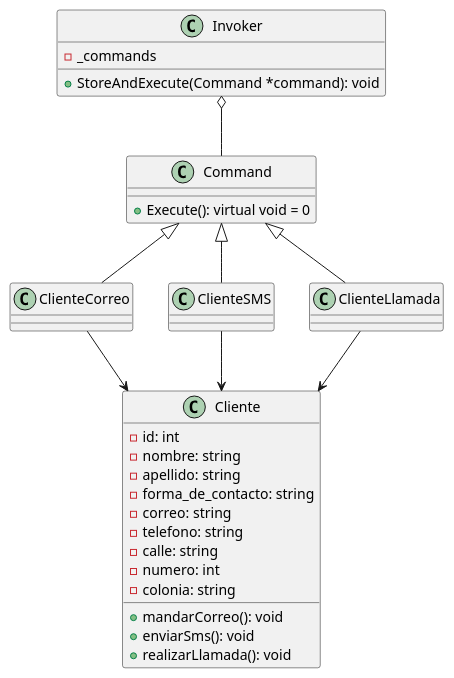
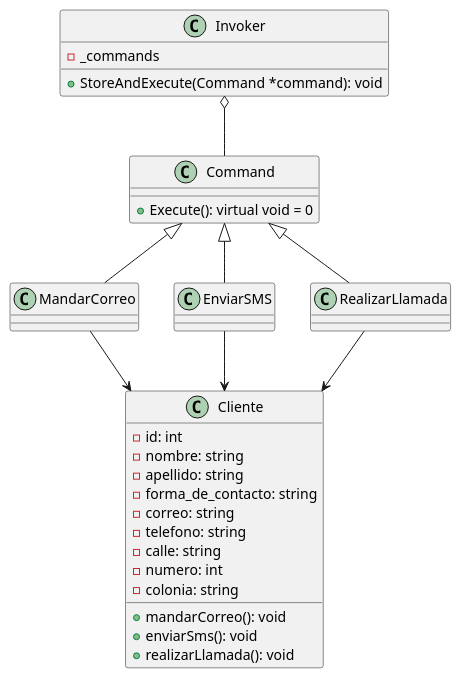
Before and after one commit to eugenioLeal/A01022983_AyMSS2018: the diagram in Evaluaciones/E1.1.Eval1/clases.puml, drawn with PlantUML. The commit also changed 2 other files, not shown here.

```diff
--- a/Evaluaciones/E1.1.Eval1/clases.puml
+++ b/Evaluaciones/E1.1.Eval1/clases.puml
@@ -1,43 +1,43 @@
 @startuml
 class Command {
   +Execute(): virtual void = 0
 }
 class Invoker {
   -_commands
   +StoreAndExecute(Command *command): void
 }
 class Cliente {
   -id: int
   -nombre: string
   -apellido: string
   -forma_de_contacto: string
   -correo: string
   -telefono: string
   -calle: string
   -numero: int
   -colonia: string
   +mandarCorreo(): void
   +enviarSms(): void
   +realizarLlamada(): void
 }
 
-class ClienteCorreo {
+class MandarCorreo {
 
 }
-class ClienteSMS {
+class EnviarSMS {
 
 }
-class ClienteLlamada {
+class RealizarLlamada {
 
 }
 
 Invoker o-- Command
-Command ^-- ClienteCorreo
-Command ^-- ClienteSMS
-Command ^-- ClienteLlamada
+Command ^-- MandarCorreo
+Command ^-- EnviarSMS
+Command ^-- RealizarLlamada
 
-ClienteCorreo --> Cliente
-ClienteSMS --> Cliente
-ClienteLlamada --> Cliente
+MandarCorreo --> Cliente
+EnviarSMS --> Cliente
+RealizarLlamada --> Cliente
 
 @enduml
```
